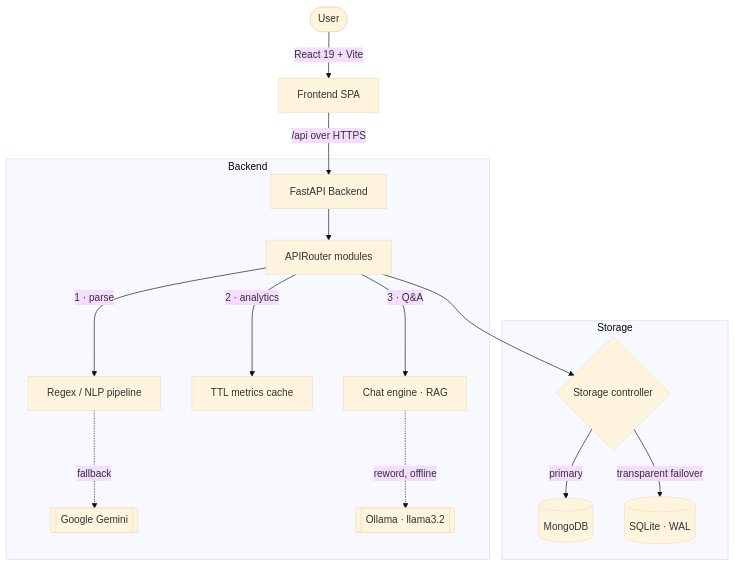
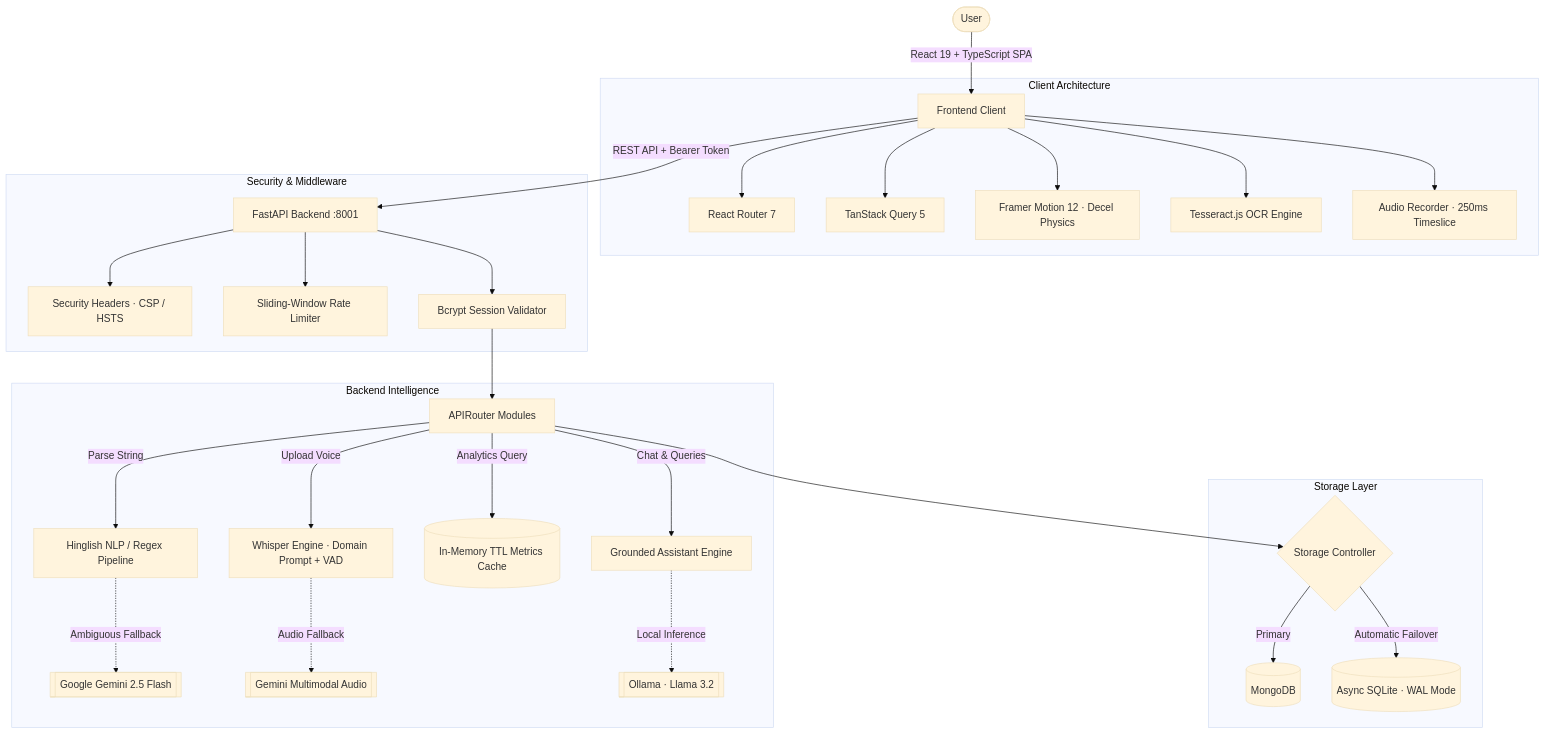
The diagram in README.md (anshuldhiman-ai/Batua), drawn with Mermaid (base theme) before and after one commit. The commit also changed other lines of this file, not shown here.

Commit message:
docs: overhaul README with architecture, multi-tier STT, and security vault features

````diff
--- a/README.md
+++ b/README.md
@@ -97,20 +99,37 @@
 ```mermaid
 graph TD
-    User([User]) -->|React 19 + Vite| FE[Frontend SPA]
-    FE -->|/api over HTTPS| BE[FastAPI Backend]
+    User([User]) -->|React 19 + TypeScript SPA| FE[Frontend Client]
 
-    subgraph Backend
-        BE --> Router[APIRouter modules]
-        Router -->|1 · parse| Parser[Regex / NLP pipeline]
-        Parser -.->|fallback| Gemini[[Google Gemini]]
-        Router -->|2 · analytics| Cache[TTL metrics cache]
-        Router -->|3 · Q&A| Chat[Chat engine · RAG]
-        Chat -.->|reword, offline| Ollama[[Ollama · llama3.2]]
+    subgraph Client Architecture
+        FE --> Router[React Router 7]
+        FE --> State[TanStack Query 5]
+        FE --> Motion[Framer Motion 12 · Decel Physics]
+        FE --> OCR[Tesseract.js OCR Engine]
+        FE --> AudioRec[Audio Recorder · 250ms Timeslice]
     end
 
-    subgraph Storage
-        Router --> Ctrl{Storage controller}
-        Ctrl -->|primary| Mongo[(MongoDB)]
-        Ctrl -->|transparent failover| SQLite[(SQLite · WAL)]
+    FE -->|REST API + Bearer Token| BE[FastAPI Backend :8001]
+
+    subgraph Security & Middleware
+        BE --> SecHeaders[Security Headers · CSP / HSTS]
+        BE --> RateLimit[Sliding-Window Rate Limiter]
+        BE --> AuthGuard[Bcrypt Session Validator]
+    end
+
+    subgraph Backend Intelligence
+        AuthGuard --> RouterBE[APIRouter Modules]
+        RouterBE -->|Parse String| NLParser[Hinglish NLP / Regex Pipeline]
+        NLParser -.->|Ambiguous Fallback| GeminiAI[[Google Gemini 2.5 Flash]]
+        RouterBE -->|Upload Voice| STT[Whisper Engine · Domain Prompt + VAD]
+        STT -.->|Audio Fallback| GeminiAudio[[Gemini Multimodal Audio]]
+        RouterBE -->|Analytics Query| Cache[(In-Memory TTL Metrics Cache)]
+        RouterBE -->|Chat & Queries| RAG[Grounded Assistant Engine]
+        RAG -.->|Local Inference| Ollama[[Ollama · Llama 3.2]]
+    end
+
+    subgraph Storage Layer
+        RouterBE --> Ctrl{Storage Controller}
+        Ctrl -->|Primary| Mongo[(MongoDB)]
+        Ctrl -->|Automatic Failover| SQLite[(Async SQLite · WAL Mode)]
     end
 ```
````
